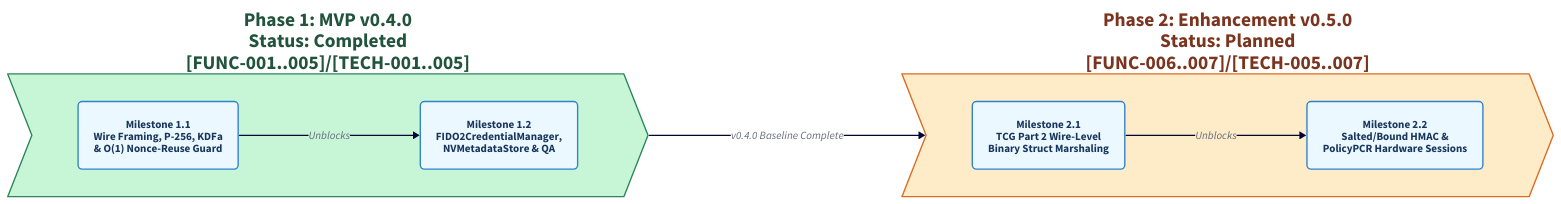
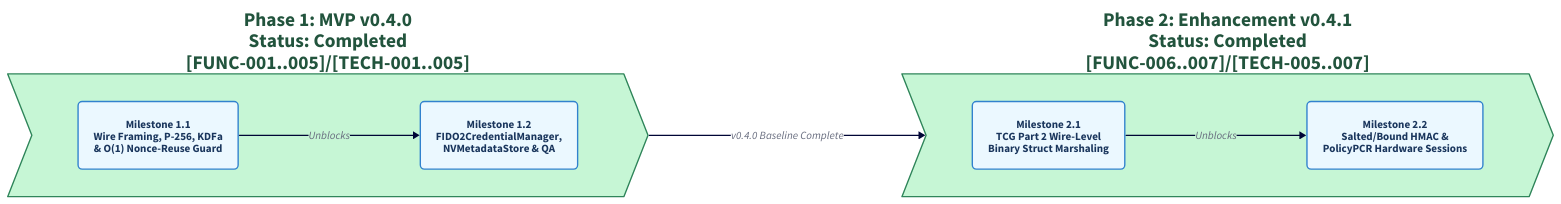
Before and after one commit to renich/crystal-tpm2-tss: the diagram in docs/diagrams/roadmaps/roadmap.d2, drawn with D2. The commit also changed 40 other files, not shown here.

```diff
--- a/docs/diagrams/roadmaps/roadmap.d2
+++ b/docs/diagrams/roadmaps/roadmap.d2
@@ -1,71 +1,71 @@
 direction: right
 
 vars: {
   d2-config: {
     layout-engine: dagre
     theme-id: 4
     pad: 40
     center: true
   }
 }
 
 classes: {
   phase_done: {
     shape: step
     style: {
       stroke: "#2F855A"
       stroke-width: 2
       fill: "#C6F6D5"
       font-color: "#22543D"
       bold: true
     }
   }
   phase_planned: {
     shape: step
     style: {
       stroke: "#DD6B20"
       stroke-width: 2
       fill: "#FEEBC8"
       font-color: "#7B341E"
       bold: true
     }
   }
   milestone_box: {
     shape: rectangle
     style: {
       stroke: "#3182CE"
       stroke-width: 2
       border-radius: 6
       fill: "#EBF8FF"
       font-color: "#1A365D"
     }
   }
 }
 
 phase1: "Phase 1: MVP v0.4.0\nStatus: Completed\n[FUNC-001..005]/[TECH-001..005]" {
   class: phase_done
 
   m1_1: "Milestone 1.1\nWire Framing, P-256, KDFa\n& O(1) Nonce-Reuse Guard" {
     class: milestone_box
   }
   m1_2: "Milestone 1.2\nFIDO2CredentialManager,\nNVMetadataStore & QA" {
     class: milestone_box
   }
 
   m1_1 -> m1_2: "Unblocks"
 }
 
-phase2: "Phase 2: Enhancement v0.5.0\nStatus: Planned\n[FUNC-006..007]/[TECH-005..007]" {
-  class: phase_planned
+phase2: "Phase 2: Enhancement v0.4.1\nStatus: Completed\n[FUNC-006..007]/[TECH-005..007]" {
+  class: phase_done
 
   m2_1: "Milestone 2.1\nTCG Part 2 Wire-Level\nBinary Struct Marshaling" {
     class: milestone_box
   }
   m2_2: "Milestone 2.2\nSalted/Bound HMAC &\nPolicyPCR Hardware Sessions" {
     class: milestone_box
   }
 
   m2_1 -> m2_2: "Unblocks"
 }
 
 phase1 -> phase2: "v0.4.0 Baseline Complete"
```
